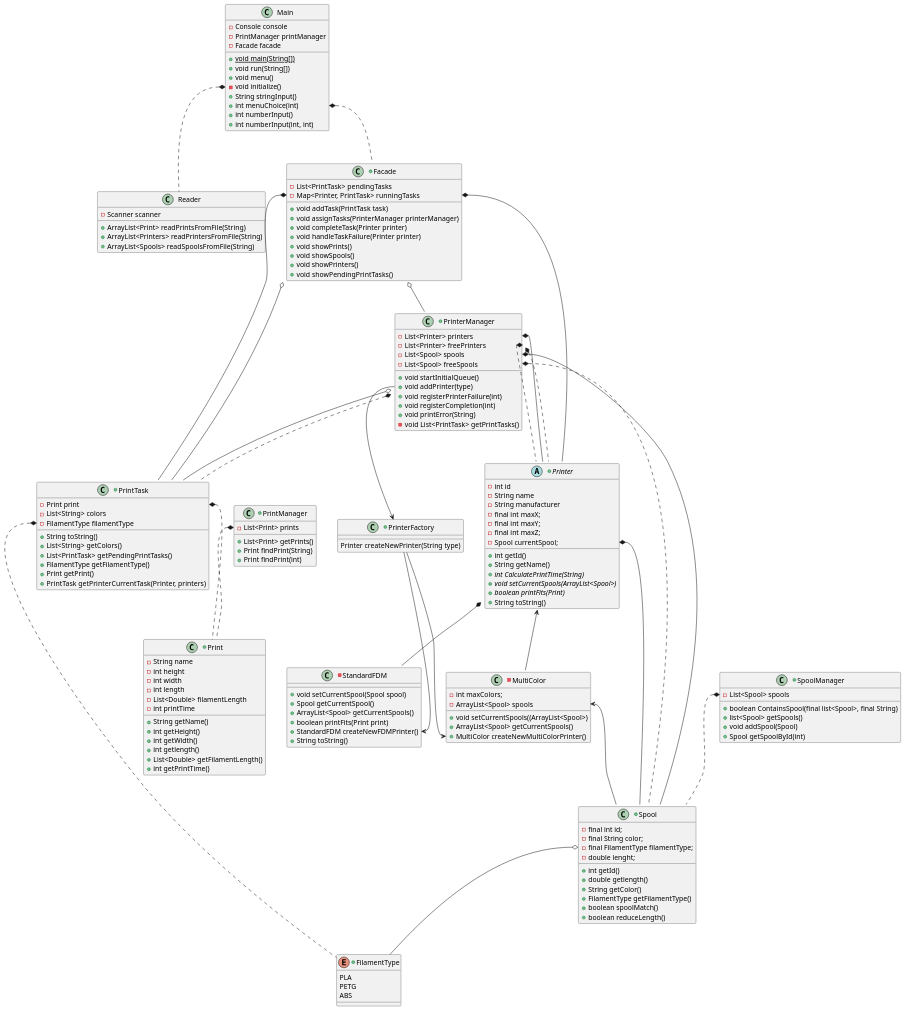
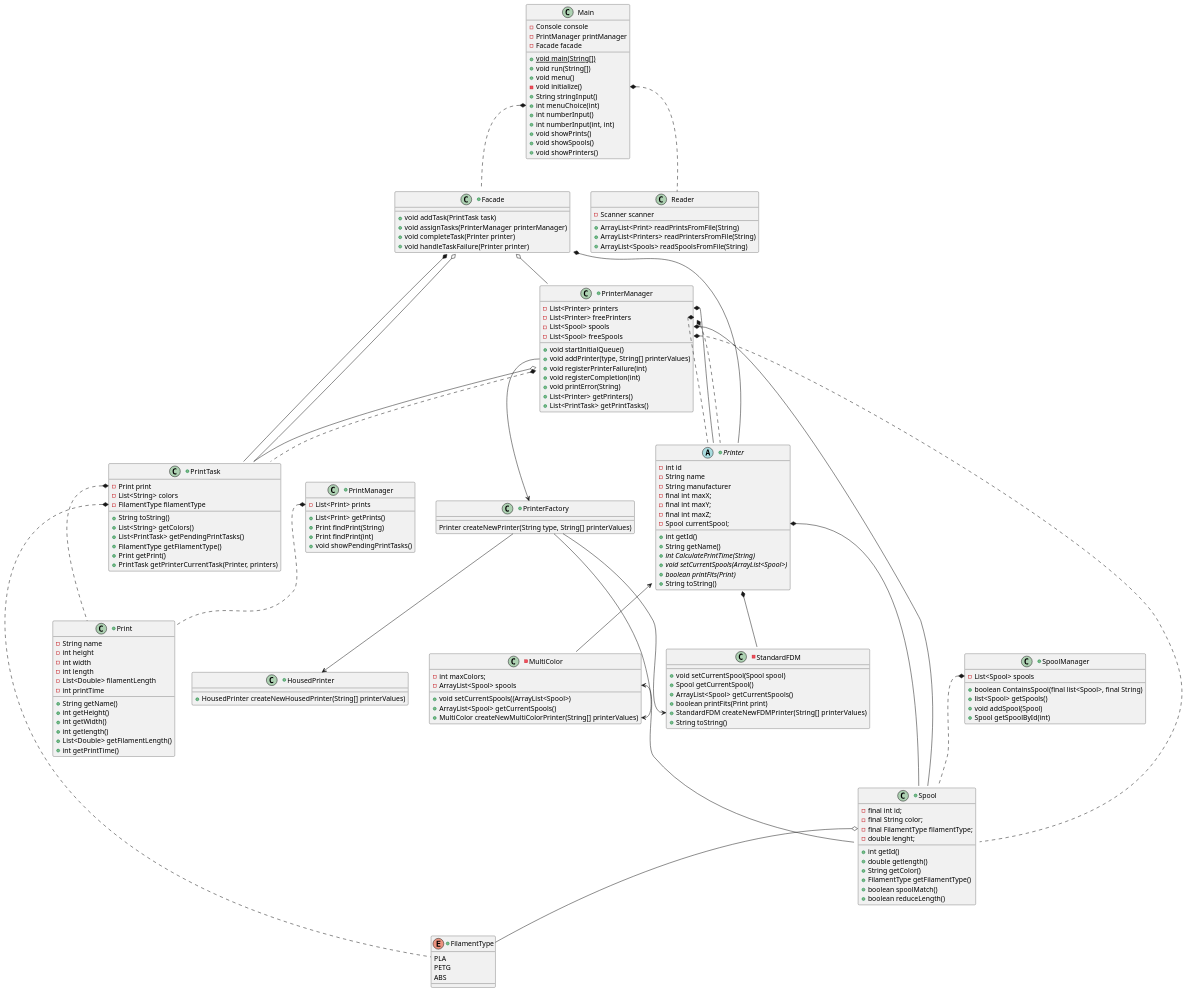
Before and after one commit to mhountsword/SysteemOntwerp: the diagram in 3dprintscheduler-main/docs/diagrams/NewClassDiagram.puml, drawn with PlantUML. The commit also changed 2 other files, not shown here.

```diff
--- a/3dprintscheduler-main/docs/diagrams/NewClassDiagram.puml
+++ b/3dprintscheduler-main/docs/diagrams/NewClassDiagram.puml
@@ -1,186 +1,187 @@
 @startuml
 'https://plantuml.com/class-diagram
 
 class Main {
 -Console console
 -PrintManager printManager
 -Facade facade
 +{static}void main(String[])
 +void run(String[])
 +void menu()
 -void initialize()
 +String stringInput()
 +int menuChoice(int)
 +int numberInput()
 +int numberInput(int, int)
++void showPrints()
++void showSpools()
++void showPrinters()
 }
 
 class Reader {
 -Scanner scanner
 +ArrayList<Print> readPrintsFromFile(String)
 +ArrayList<Printers> readPrintersFromFile(String)
 +ArrayList<Spools> readSpoolsFromFile(String)
 }
 
 Main::menuChoice *.. Facade
 Main::initialize *.. Reader
 
 +class PrinterManager{
 -List<Printer> printers
 -List<Printer> freePrinters
 -List<Spool> spools
 -List<Spool> freeSpools
 +void startInitialQueue()
-+void addPrinter(type)
++void addPrinter(type, String[] printerValues)
 +void registerPrinterFailure(int)
 +void registerCompletion(int)
 +void printError(String)
--void List<PrintTask> getPrintTasks()
++List<Printer> getPrinters()
++List<PrintTask> getPrintTasks()
 }
 PrinterManager::printers *-- Printer
 PrinterManager::freePrinters *.. Printer
 PrinterManager::pendingPrintTasks o-- PrintTask
 PrinterManager::spools *-- Spool
 PrinterManager::freeSpools *.. Spool
 PrinterManager::runningPrintTask *.. Printer
 PrinterManager::runningPrintTask *.. PrintTask
 
 +class Facade{
-    - List<PrintTask> pendingTasks
-    - Map<Printer, PrintTask> runningTasks
     + void addTask(PrintTask task)
     + void assignTasks(PrinterManager printerManager)
     + void completeTask(Printer printer)
     + void handleTaskFailure(Printer printer)
-    +void showPrints()
-    +void showSpools()
-    +void showPrinters()
-    +void showPendingPrintTasks()
 }
 Facade::runningTasks *-- Printer
 Facade::runningTasks *-- PrintTask
 Facade o-- PrinterManager
 Facade o-- PrintTask
 
 +class PrintManager{
 -List<Print> prints
 +List<Print> getPrints()
 +Print findPrint(String)
 +Print findPrint(int)
++void showPendingPrintTasks()
 }
 PrintManager::prints *.. Print
 
 
 +class SpoolManager{
 -List<Spool> spools
 +boolean ContainsSpool(final list<Spool>, final String)
 +list<Spool> getSpools()
 +void addSpool(Spool)
 +Spool getSpoolById(int)
 }
 
 SpoolManager::spools *.. Spool
 
 +class PrintTask{
 -Print print
 -List<String> colors
 -FilamentType filamentType
 +String toString()
 +List<String> getColors()
 +List<PrintTask> getPendingPrintTasks()
 +FilamentType getFilamentType()
 +Print getPrint()
 +PrintTask getPrinterCurrentTask(Printer, printers)
 }
 
 PrintTask::print *.. Print
 PrintTask::filamentType *.. FilamentType
 
 +enum FilamentType{
     PLA
     PETG
     ABS
 }
 
 +abstract class Printer{
 - int id
 -String name
 -String manufacturer
 + int getId()
 + String getName()
 - final int maxX;
 - final int maxY;
 - final int maxZ;
 - Spool currentSpool;
 + {abstract} int CalculatePrintTime(String)
 +{abstract} void setCurrentSpools(ArrayList<Spool>)
 + {abstract} boolean printFits(Print)
 +String toString()
 }
 Printer::currentSpool *-- Spool
 
-
-
-
 +class Print{
 -String name
 - int height
 - int width
 - int length
 - List<Double> filamentLength
 - int printTime
 + String getName()
 + int getHeight()
 + int getWidth()
 + int getlength()
 + List<Double> getFilamentLength()
 + int getPrintTime()
 }
 
 +class Spool{
 - final int id;
 - final String color;
 - final FilamentType filamentType;
 -double lenght;
 +int getId()
 +double getlength()
 +String getColor()
 +FilamentType getFilamentType()
 + boolean spoolMatch()
 +boolean reduceLength()
 }
 
 Spool::filamentType o-- FilamentType
 
 
 -class StandardFDM{
 +void setCurrentSpool(Spool spool)
 +Spool getCurrentSpool()
 +ArrayList<Spool> getCurrentSpools()
 +boolean printFits(Print print)
-+StandardFDM createNewFDMPrinter()
++StandardFDM createNewFDMPrinter(String[] printerValues)
 +String toString()
+}
+
++class HousedPrinter{
++HousedPrinter createNewHousedPrinter(String[] printerValues)
 }
 
 Printer *-- StandardFDM
 
 -class MultiColor{
 - int maxColors;
 - ArrayList<Spool> spools
 +void setCurrentSpools((ArrayList<Spool>)
 +ArrayList<Spool> getCurrentSpools()
-+MultiColor createNewMultiColorPrinter()
++MultiColor createNewMultiColorPrinter(String[] printerValues)
 }
 Printer <-- MultiColor
 MultiColor::spools <-- Spool
 
 +class PrinterFactory{
-Printer createNewPrinter(String type)
+Printer createNewPrinter(String type, String[] printerValues)
 }
 PrinterManager::addPrinter --> PrinterFactory
 PrinterFactory --> StandardFDM::createNewFDMPrinter
+PrinterFactory --> HousedPrinter
 PrinterFactory --> MultiColor::createNewMultiColorPrinter
 
 
 
 @enduml
```
